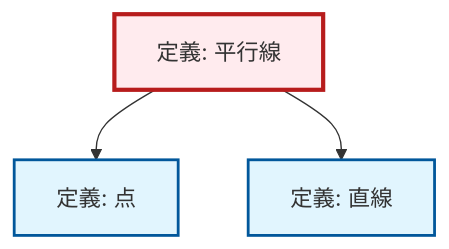
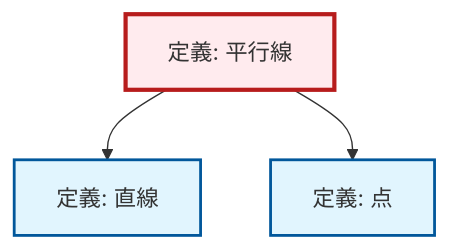
The diagram in content/ja/geometry/def-parallel.qmd (RK0429/ModernMath), drawn with Mermaid before and after one commit. The commit also changed other lines of this file and 1012 other files, not shown here.

````diff
--- a/content/ja/geometry/def-parallel.qmd
+++ b/content/ja/geometry/def-parallel.qmd
@@ -88,17 +88,17 @@
 ```{mermaid}
 %%| fig-cap: "Local dependency graph"
 graph TD
     classDef definition fill:#e1f5fe,stroke:#01579b,stroke-width:2px
     classDef theorem fill:#f3e5f5,stroke:#4a148c,stroke-width:2px
     classDef axiom fill:#fff3e0,stroke:#e65100,stroke-width:2px
     classDef example fill:#e8f5e9,stroke:#1b5e20,stroke-width:2px
     classDef current fill:#ffebee,stroke:#b71c1c,stroke-width:3px
-    def-point["定義: 点"]:::definition
     def-line["定義: 直線"]:::definition
     def-parallel["定義: 平行線"]:::definition
+    def-point["定義: 点"]:::definition
+    def-parallel --> def-line
     def-parallel --> def-point
-    def-parallel --> def-line
     class def-parallel current
+    click def-line "def-line.html" "直線の定義へ"
     click def-point "def-point.html" "点の定義へ"
-    click def-line "def-line.html" "直線の定義へ"
 ```
````
